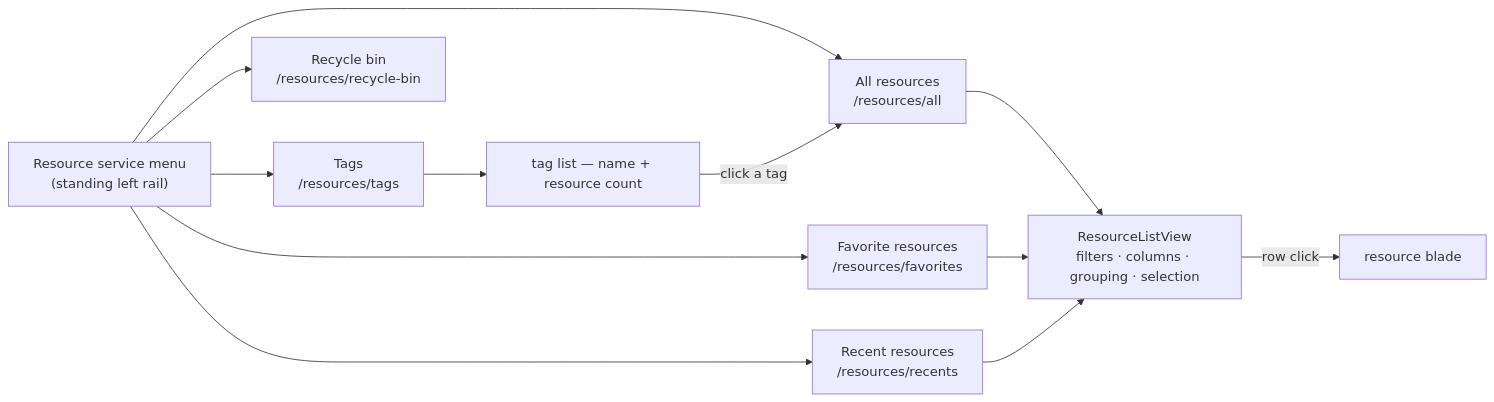
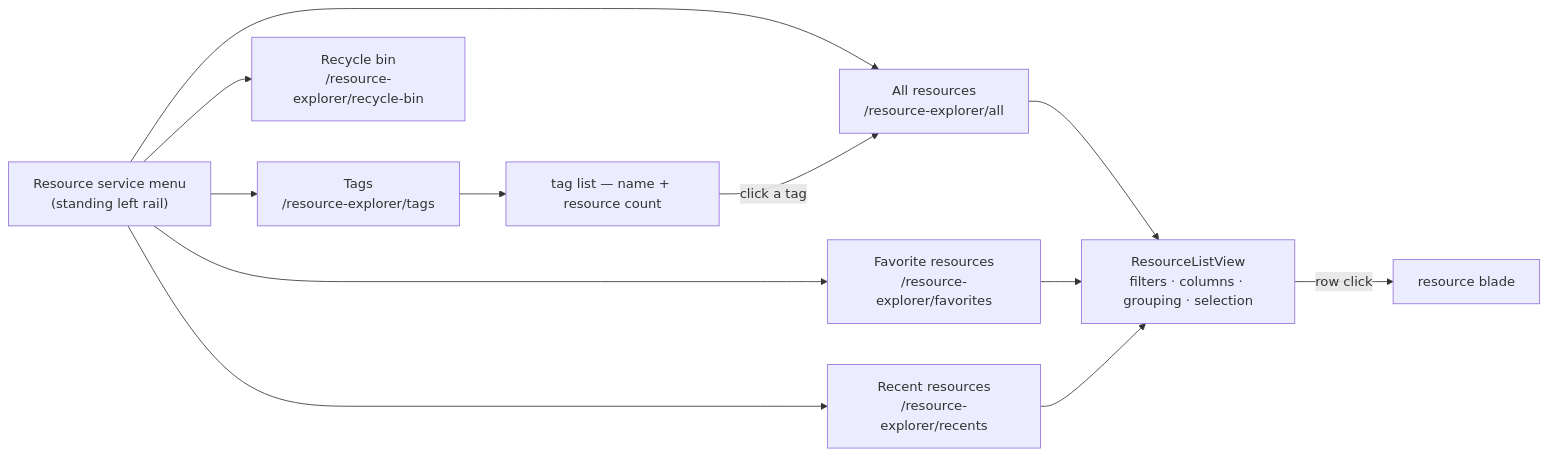
Before and after one commit to Esposter/Esposter: the diagram in packages/app/content/docs/proposals/platform/resource-manager-service-menu.md, drawn with Mermaid. The commit also changed other lines of this file and 63 other files, not shown here.

````diff
--- a/packages/app/content/docs/proposals/platform/resource-manager-service-menu.md
+++ b/packages/app/content/docs/proposals/platform/resource-manager-service-menu.md
@@ -27,14 +27,14 @@
 ```mermaid
 flowchart LR
-  MENU["Resource service menu<br/>(standing left rail)"] --> ALL["All resources<br/>/resources/all"]
-  MENU --> FAV["Favorite resources<br/>/resources/favorites"]
-  MENU --> REC["Recent resources<br/>/resources/recents"]
-  MENU --> TAGS["Tags<br/>/resources/tags"]
-  MENU --> BIN["Recycle bin<br/>/resources/recycle-bin"]
+  MENU["Resource service menu<br/>(standing left rail)"] --> ALL["All resources<br/>/resource-explorer/all"]
+  MENU --> FAV["Favorite resources<br/>/resource-explorer/favorites"]
+  MENU --> REC["Recent resources<br/>/resource-explorer/recents"]
+  MENU --> TAGS["Tags<br/>/resource-explorer/tags"]
+  MENU --> BIN["Recycle bin<br/>/resource-explorer/recycle-bin"]
   ALL --> LIST["ResourceListView<br/>filters · columns · grouping · selection"]
   FAV --> LIST
   REC --> LIST
   TAGS --> TAGLIST["tag list — name + resource count"]
   TAGLIST -->|"click a tag"| ALL
   LIST -->|"row click"| BLADE["resource blade"]
 ```
````
